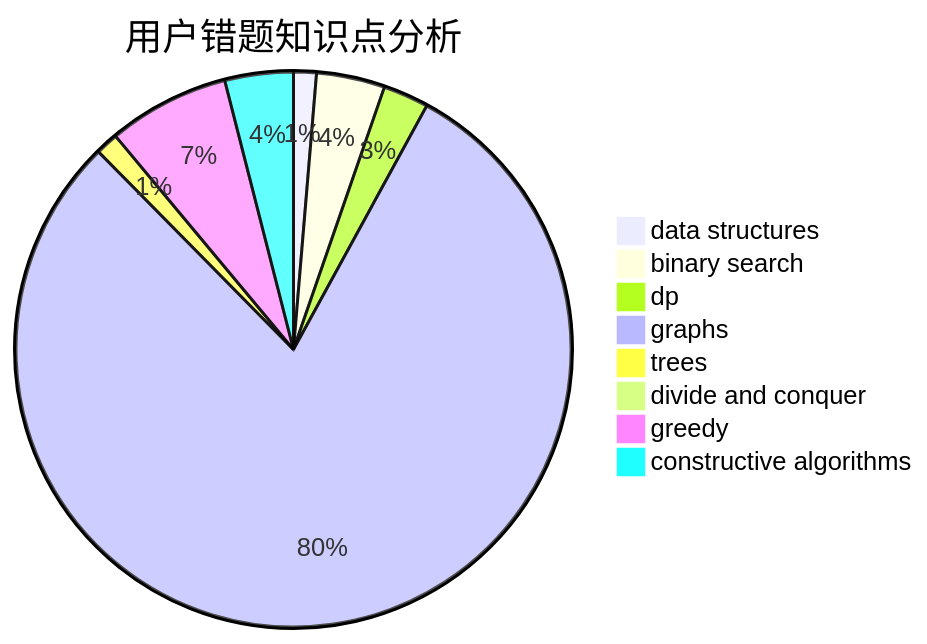
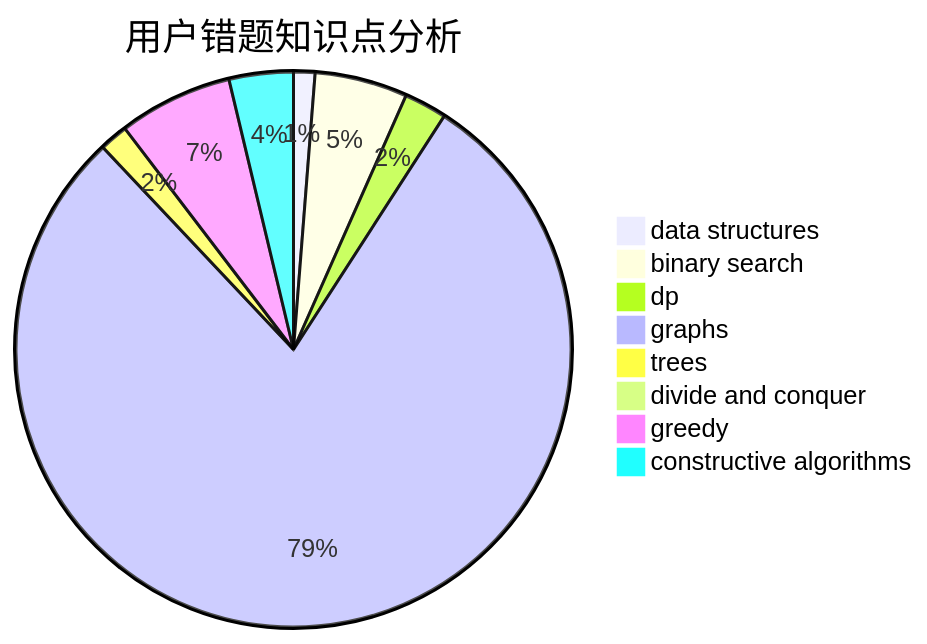
Before and after one commit to sherpahu/cfrs.github.io: the third of 3 diagrams in docs/user/u2507.md, drawn with Mermaid. The commit also changed other lines of this file and 2770 other files, not shown here.

````diff
--- a/docs/user/u2507.md
+++ b/docs/user/u2507.md
@@ -36,11 +36,11 @@
 ```mermaid
 pie title 用户错题知识点分析
     "data structures" :  3
-    "binary search" :  9
+    "binary search" :  13
     "dp" :  6
-    "graphs" :  180
-    "trees" :  3
+    "graphs" :  190
+    "trees" :  4
     "divide and conquer" :  0
     "greedy" :  16
     "constructive algorithms" :  9
 ```
````
